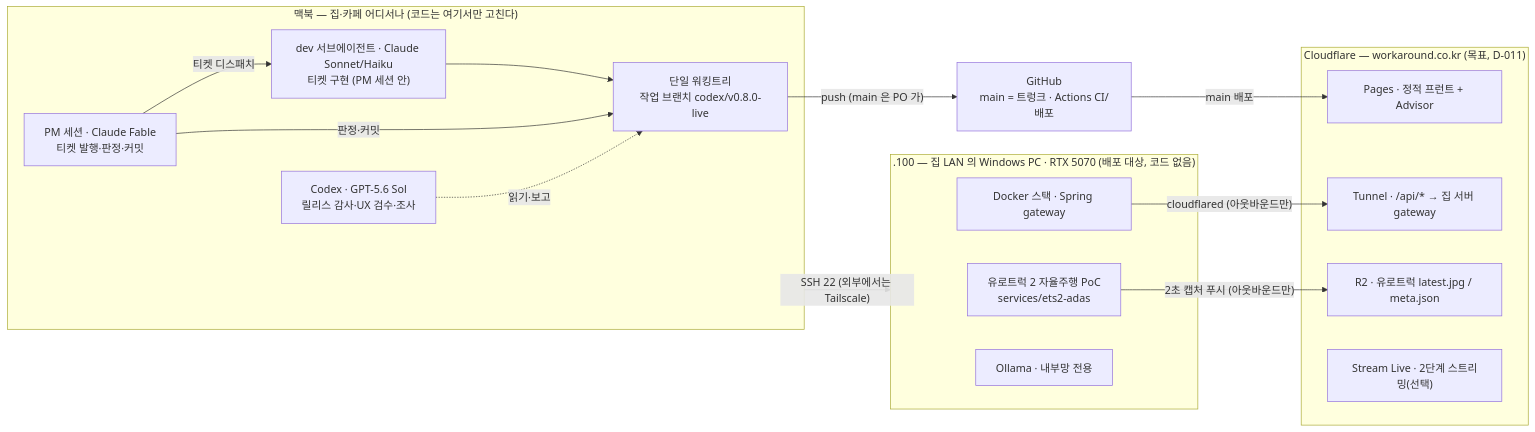
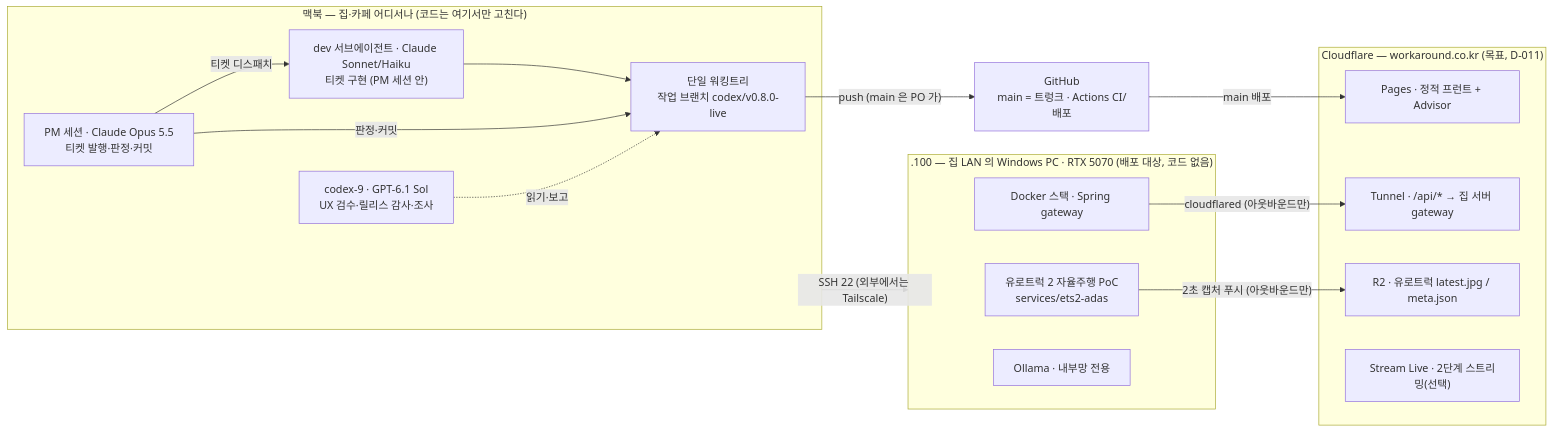
The diagram in README.md (lim-it-err/workaround.co.kr-platform), drawn with Mermaid before and after one commit. The commit also changed other lines of this file and 11 other files, not shown here.

First line of the commit message:
TKT-188: 스플래시 티커 주기 1.5초 (리뷰 r1 통과) + docs: D-031 블로그 본선 운행 중단 결정·TKT-189/190 발행·README 현행화(PM Opus 5.5·codex-9·블로그 중단)

````diff
--- a/README.md
+++ b/README.md
@@ -56,30 +56,30 @@
 ```mermaid
 flowchart LR
   subgraph MAC["맥북 — 집·카페 어디서나 (코드는 여기서만 고친다)"]
-    PM["PM 세션 · Claude Fable<br/>티켓 발행·판정·커밋"]
+    PM["PM 세션 · Claude Opus 5.5<br/>티켓 발행·판정·커밋"]
     DEV["dev 서브에이전트 · Claude Sonnet/Haiku<br/>티켓 구현 (PM 세션 안)"]
-    CDX["Codex · GPT-5.6 Sol<br/>릴리스 감사·UX 검수·조사"]
+    CDX["codex-9 · GPT-6.1 Sol<br/>UX 검수·릴리스 감사·조사"]
     WT["단일 워킹트리<br/>작업 브랜치 codex/v0.8.0-live"]
     PM -- "티켓 디스패치" --> DEV
     DEV --> WT
     PM -- "판정·커밋" --> WT
     CDX -. 읽기·보고 .-> WT
   end
   GH["GitHub<br/>main = 트렁크 · Actions CI/배포"]
   WT -- "push (main 은 PO 가)" --> GH
   subgraph CF["Cloudflare — workaround.co.kr (목표, D-011)"]
     PAGES["Pages · 정적 프런트 + Advisor"]
     TUN["Tunnel · /api/* → 집 서버 gateway"]
     R2["R2 · 유로트럭 latest.jpg / meta.json"]
     STREAM["Stream Live · 2단계 스트리밍(선택)"]
   end
   GH -- "main 배포" --> PAGES
   subgraph W100[".100 — 집 LAN 의 Windows PC · RTX 5070 (배포 대상, 코드 없음)"]
     ETS["유로트럭 2 자율주행 PoC<br/>services/ets2-adas"]
     GW["Docker 스택 · Spring gateway"]
     OLL["Ollama · 내부망 전용"]
   end
   MAC -- "SSH 22 (외부에서는 Tailscale)" --> W100
   ETS -- "2초 캡처 푸시 (아웃바운드만)" --> R2
   GW -- "cloudflared (아웃바운드만)" --> TUN
 ```
````
